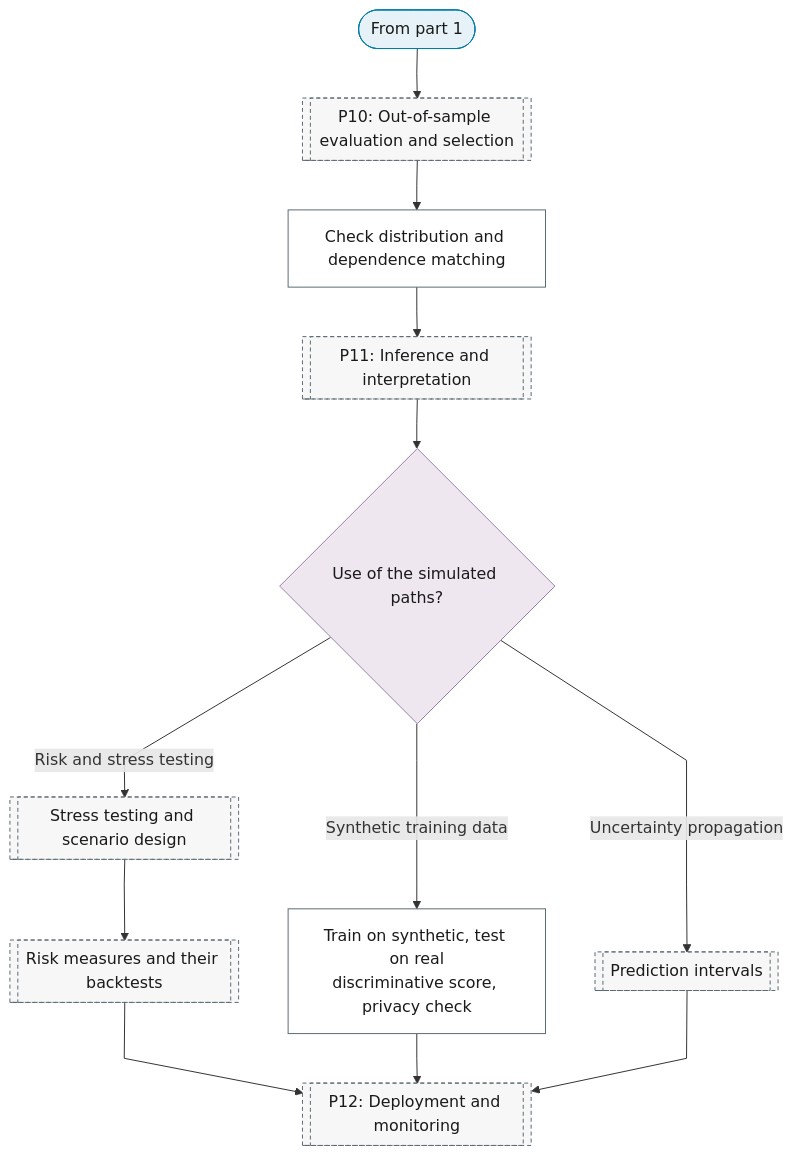
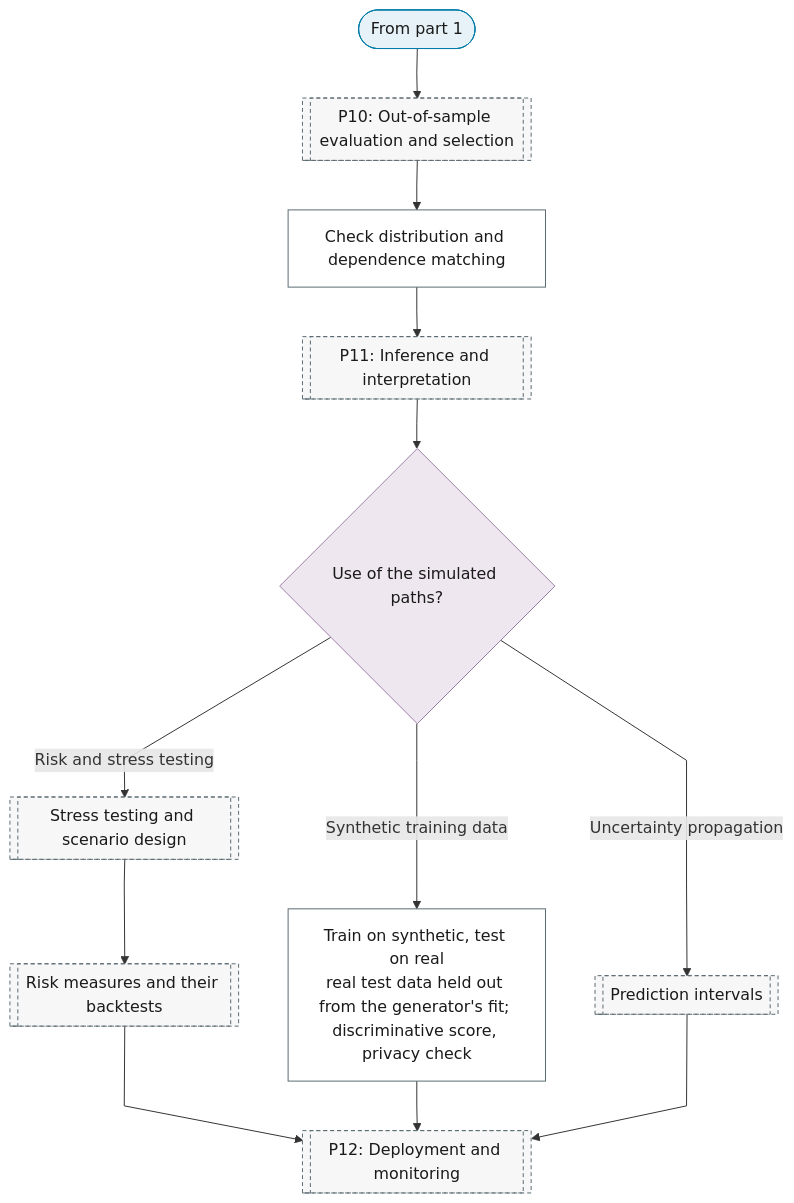
The second of 2 diagrams in docs/01-workflow/p00-purpose/10-simulation.md (Shuxin-Y/time-series-analysis-manual), drawn with Mermaid before and after one commit. The commit also changed 17 other files, not shown here.

First line of the commit message:
fix(charts): round-3 review fixes to seasonality, thresholds and branch flags

````diff
--- a/docs/01-workflow/p00-purpose/10-simulation.md
+++ b/docs/01-workflow/p00-purpose/10-simulation.md
@@ -43,25 +43,25 @@
 ```mermaid
 %%{init: {"flowchart": {"curve": "linear"}}}%%
 graph TD
     P0_SM_PART_2_IN(["From part 1"]) --> P10[["P10: Out-of-sample evaluation and selection"]]
     P10 --> P0_SM_DISTRIBUTION_MATCH["Check distribution and dependence matching"]
     P0_SM_DISTRIBUTION_MATCH --> P11[["P11: Inference and interpretation"]]
     P11 --> P0_SM_USE{"Use of the simulated paths?"}
     P0_SM_USE -->|"Risk and stress testing"| P11_SCENARIOS[["Stress testing and scenario design"]]
-    P0_SM_USE -->|"Synthetic training data"| P0_SM_TSTR["Train on synthetic, test on real<br/>discriminative score, privacy check"]
+    P0_SM_USE -->|"Synthetic training data"| P0_SM_TSTR["Train on synthetic, test on real<br/>real test data held out from the generator's fit; discriminative score, privacy check"]
     P0_SM_USE -->|"Uncertainty propagation"| P11_INTERVALS[["Prediction intervals"]]
     P11_SCENARIOS --> P11_RISK_MEASURES[["Risk measures and their backtests"]]
     P11_RISK_MEASURES & P0_SM_TSTR & P11_INTERVALS --> P12[["P12: Deployment and monitoring"]]
     class P0_SM_PART_2_IN terminator
     class P0_SM_USE decision
     class P0_SM_DISTRIBUTION_MATCH,P0_SM_TSTR process
     class P10,P11,P11_SCENARIOS,P11_INTERVALS,P11_RISK_MEASURES,P12 ref
     classDef terminator fill:#E6F2F7,stroke:#007BA7,color:#1A1A1A;
     classDef process fill:#FFFFFF,stroke:#5A6B73,color:#1A1A1A;
     classDef decision fill:#EFE7F0,stroke:#9B7FA7,color:#1A1A1A;
     classDef data fill:#FFF4E0,stroke:#C9A55E,color:#1A1A1A;
     classDef good fill:#DCEFD8,stroke:#4A7A3F,color:#1A1A1A;
     classDef escalate fill:#FFE9C2,stroke:#C9A55E,color:#1A1A1A;
     classDef problem fill:#F2D9DE,stroke:#800020,color:#1A1A1A;
     classDef ref fill:#F7F7F7,stroke:#5A6B73,color:#1A1A1A,stroke-dasharray:4 3;
 ```
````
